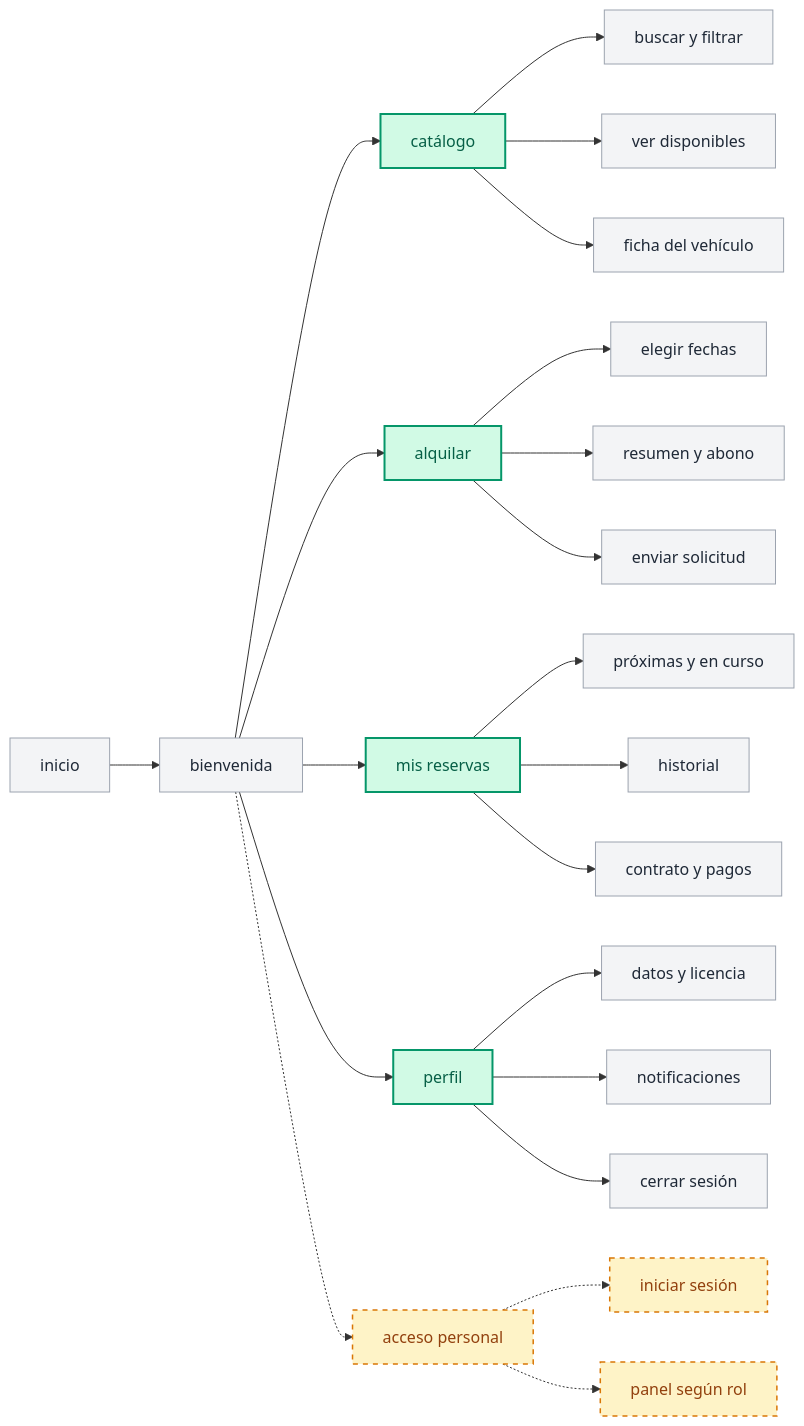
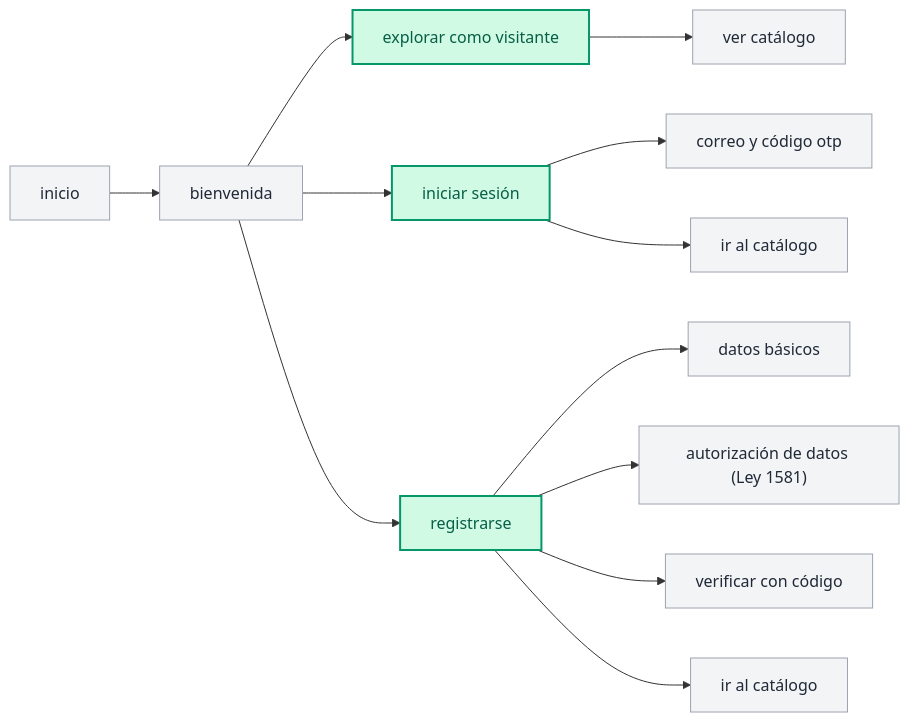
One commit to SantiagoPrada2005/flotax changed the second of 7 diagrams in docs/user-flows.md. Above: the diagram before and after it, drawn with Mermaid. The commit also changed other lines of this file and 25 other files, not shown here.

````diff
--- a/docs/user-flows.md
+++ b/docs/user-flows.md
@@ -36,38 +36,23 @@
 ```mermaid
 graph LR
     classDef mainScreen fill:#d1fae5,stroke:#059669,stroke-width:2px,color:#065f46;
     classDef subScreen fill:#f3f4f6,stroke:#9ca3af,stroke-width:1px,color:#1f2937;
-    classDef staffFlow fill:#fef3c7,stroke:#d97706,stroke-dasharray: 5 5,stroke-width:1.5px,color:#92400e;
 
     inicio["inicio"]:::subScreen --> bienvenida["bienvenida"]:::subScreen
 
-    bienvenida --> catalogo["catálogo"]:::mainScreen
-    bienvenida --> alquilar["alquilar"]:::mainScreen
-    bienvenida --> mis_reservas["mis reservas"]:::mainScreen
-    bienvenida --> perfil["perfil"]:::mainScreen
-    bienvenida -.-> acceso_personal["acceso personal"]:::staffFlow
+    %% Opción 1: Explorar como visitante
+    bienvenida --> exp_vis["explorar como visitante"]:::mainScreen
+    exp_vis --> exp_cat["ver catálogo"]:::subScreen
 
-    %% Catálogo
-    catalogo --> cat_busq["buscar y filtrar"]:::subScreen
-    catalogo --> cat_disp["ver disponibles"]:::subScreen
-    catalogo --> cat_ficha["ficha del vehículo"]:::subScreen
+    %% Opción 2: Iniciar sesión
+    bienvenida --> login["iniciar sesión"]:::mainScreen
+    login --> log_otp["correo y código otp"]:::subScreen
+    login --> log_cat["ir al catálogo"]:::subScreen
 
-    %% Alquilar
-    alquilar --> alq_fechas["elegir fechas"]:::subScreen
-    alquilar --> alq_resumen["resumen y abono"]:::subScreen
-    alquilar --> alq_solicitud["enviar solicitud"]:::subScreen
-
-    %% Mis Reservas
-    mis_reservas --> res_proximas["próximas y en curso"]:::subScreen
-    mis_reservas --> res_historial["historial"]:::subScreen
-    mis_reservas --> res_contrato["contrato y pagos"]:::subScreen
-
-    %% Perfil
-    perfil --> per_datos["datos y licencia"]:::subScreen
-    perfil --> per_notif["notificaciones"]:::subScreen
-    perfil --> per_logout["cerrar sesión"]:::subScreen
-
-    %% Acceso Personal
-    acceso_personal -.-> staff_login["iniciar sesión"]:::staffFlow
-    acceso_personal -.-> staff_panel["panel según rol"]:::staffFlow
+    %% Opción 3: Registrarse
+    bienvenida --> reg["registrarse"]:::mainScreen
+    reg --> reg_datos["datos básicos"]:::subScreen
+    reg --> reg_ley["autorización de datos (Ley 1581)"]:::subScreen
+    reg --> reg_otp["verificar con código"]:::subScreen
+    reg --> reg_cat["ir al catálogo"]:::subScreen
 ```
````
